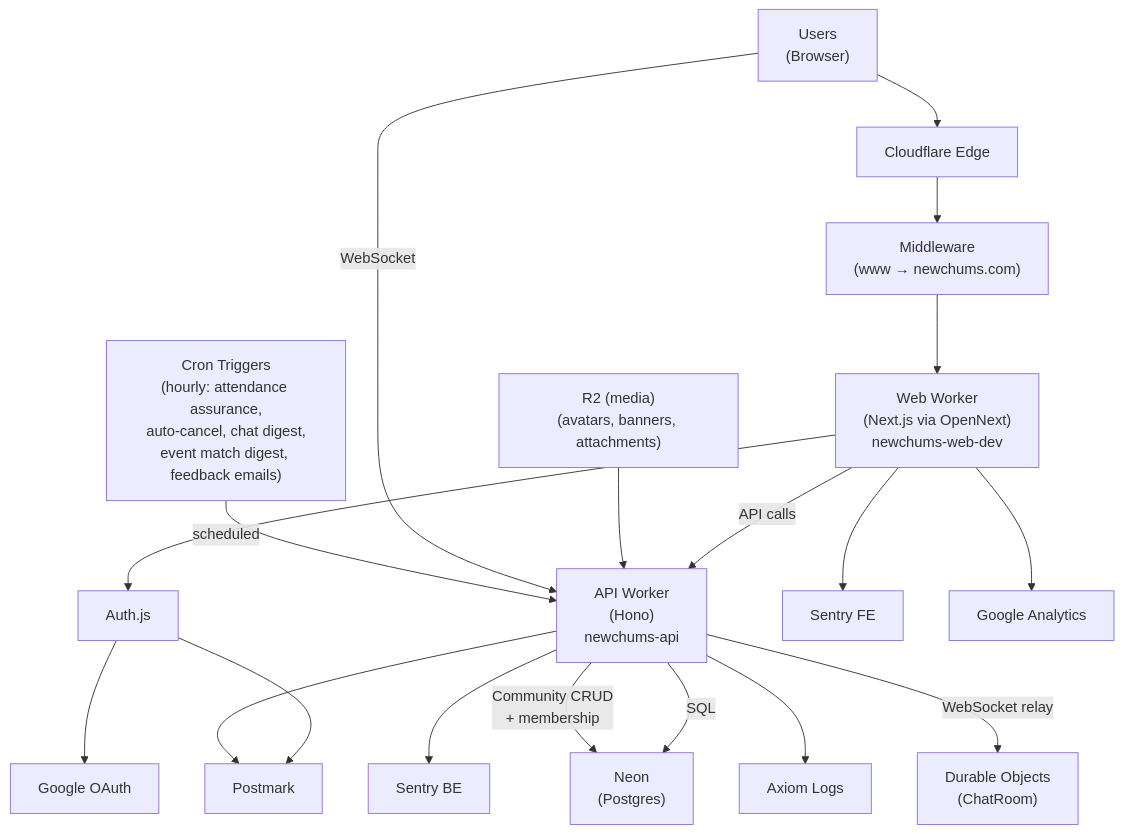
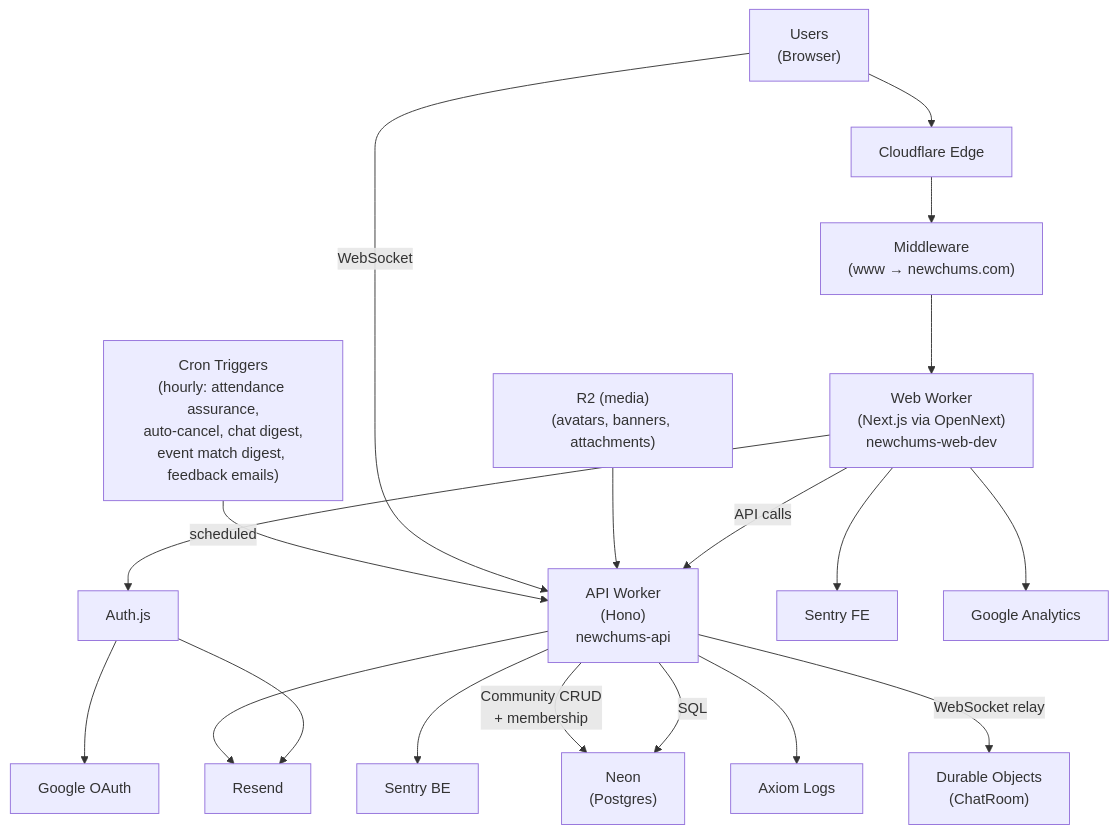
One commit to RSS705/newchums changed the fourth of 4 diagrams in docs/System_Map.md. Above: the diagram before and after it, drawn with Mermaid. The commit also changed other lines of this file and 28 other files, not shown here.

Commit message:
Postmark removed, replaced by Resend.

````diff
--- a/docs/System_Map.md
+++ b/docs/System_Map.md
@@ -432,27 +432,27 @@
 ```mermaid
 flowchart TB
   U["Users<br/>(Browser)"] --> CF["Cloudflare Edge"]
   CF --> MW["Middleware<br/>(www → newchums.com)"]
   MW --> W["Web Worker<br/>(Next.js via OpenNext)<br/>newchums-web-dev"]
 
   W -->|"API calls"| API["API Worker<br/>(Hono)<br/>newchums-api"]
   API -->|"SQL"| DB["Neon<br/>(Postgres)"]
 
   W --> AUTH["Auth.js"]
   AUTH --> GOOGLE["Google OAuth"]
-  AUTH --> PM["Postmark"]
+  AUTH --> PM["Resend"]
 
   API --> PM
 
   W --> SENTRY_FE["Sentry FE"]
   API --> SENTRY_BE["Sentry BE"]
   API --> AX["Axiom Logs"]
   W --> GA["Google Analytics"]
 
   R2["R2 (media)<br/>(avatars, banners, attachments)"] --> API
   API -->|"WebSocket relay"| DO["Durable Objects<br/>(ChatRoom)"]
   U -->|"WebSocket"| API
   CRON["Cron Triggers<br/>(hourly: attendance assurance,<br/>auto-cancel, chat digest,<br/>event match digest, feedback emails)"] -->|"scheduled"| API
 
   API -->|"Community CRUD<br/>+ membership"| DB
 ```
````
